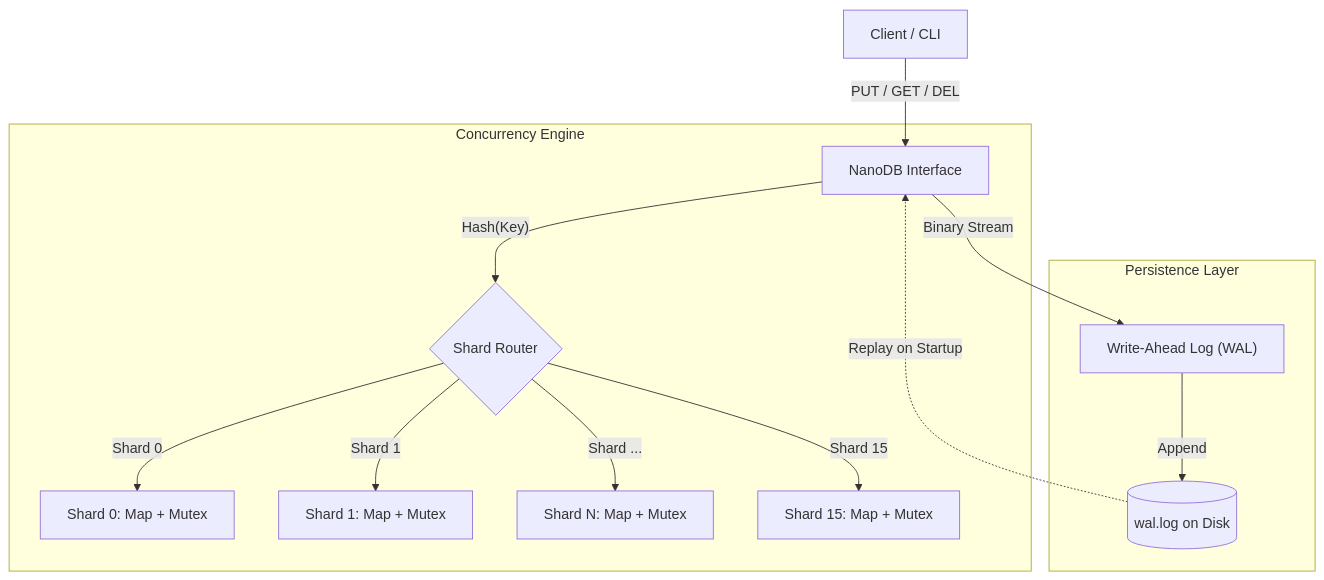
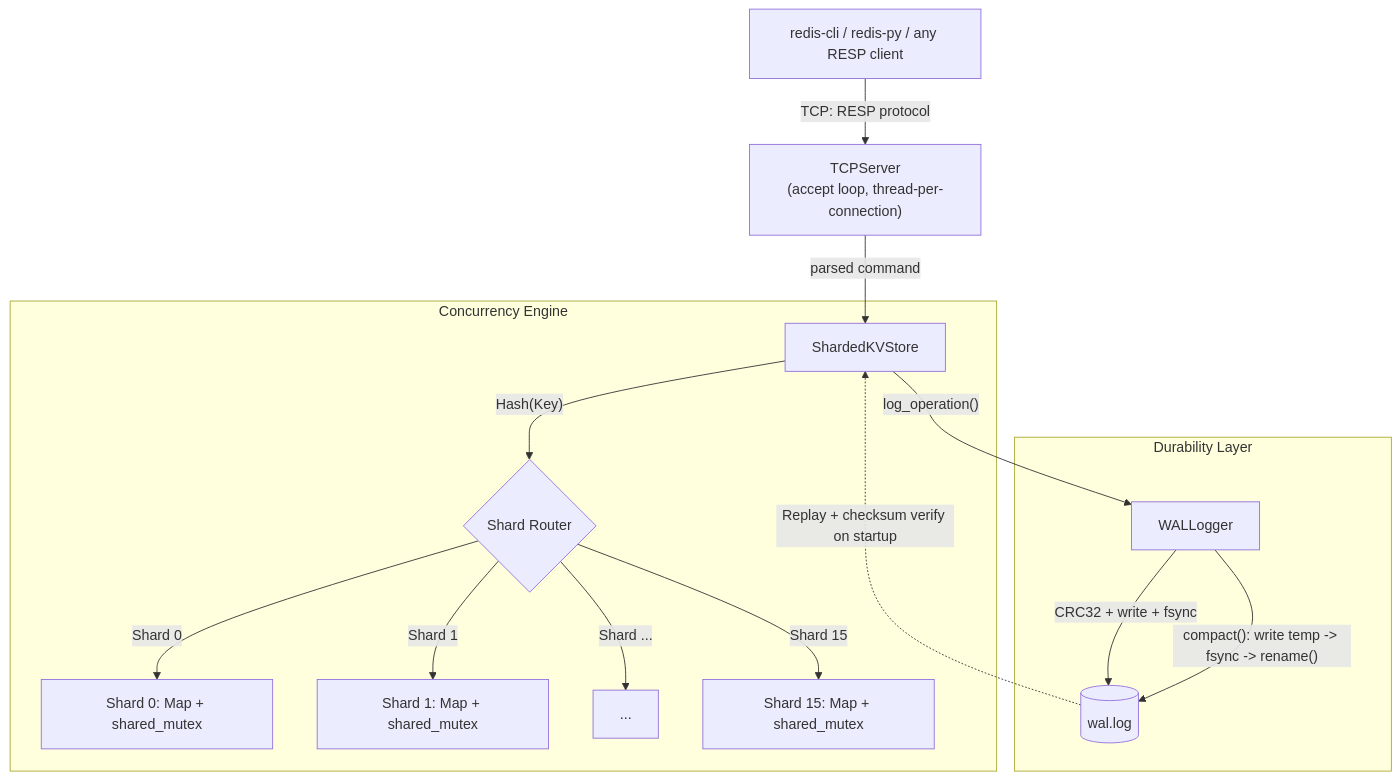
One commit to Shorya-agarwal/NanoDB-Distributed-Log-KV changed the diagram in README.md. Above: the diagram before and after it, drawn with Mermaid. The commit also changed other lines of this file and 1 other file, not shown here.

Commit message:
Updated the key value storage system as per the new WAL logic

````diff
--- a/README.md
+++ b/README.md
@@ -30,19 +31,21 @@
 ```mermaid
 graph TD
-    User[Client / CLI] -->|PUT / GET / DEL| API[NanoDB Interface]
-    
+    Client["redis-cli / redis-py / any RESP client"] -->|"TCP: RESP protocol"| Server["TCPServer<br/>(accept loop, thread-per-connection)"]
+
+    Server -->|"parsed command"| Store["ShardedKVStore"]
+
     subgraph "Concurrency Engine"
-        API -->|"Hash(Key)"| Router{"Shard Router"}
-        Router -->|Shard 0| S0["Shard 0: Map + Mutex"]
-        Router -->|Shard 1| S1["Shard 1: Map + Mutex"]
-        Router -->|Shard ...| SN["Shard N: Map + Mutex"]
-        Router -->|Shard 15| S15["Shard 15: Map + Mutex"]
+        Store -->|"Hash(Key)"| Router{"Shard Router"}
+        Router -->|Shard 0| S0["Shard 0: Map + shared_mutex"]
+        Router -->|Shard 1| S1["Shard 1: Map + shared_mutex"]
+        Router -->|"Shard ..."| SN["..."]
+        Router -->|Shard 15| S15["Shard 15: Map + shared_mutex"]
     end
 
-    subgraph "Persistence Layer"
-        API -->|Binary Stream| WAL["Write-Ahead Log (WAL)"]
-        WAL -->|Append| Disk[("wal.log on Disk")]
+    subgraph "Durability Layer"
+        Store -->|"log_operation()"| WAL["WALLogger"]
+        WAL -->|"CRC32 + write + fsync"| Disk[("wal.log")]
+        Disk -.->|"Replay + checksum verify on startup"| Store
+        WAL -->|"compact(): write temp -> fsync -> rename()"| Disk
     end
-    
-    Disk -.->|Replay on Startup| API
 ```
````
